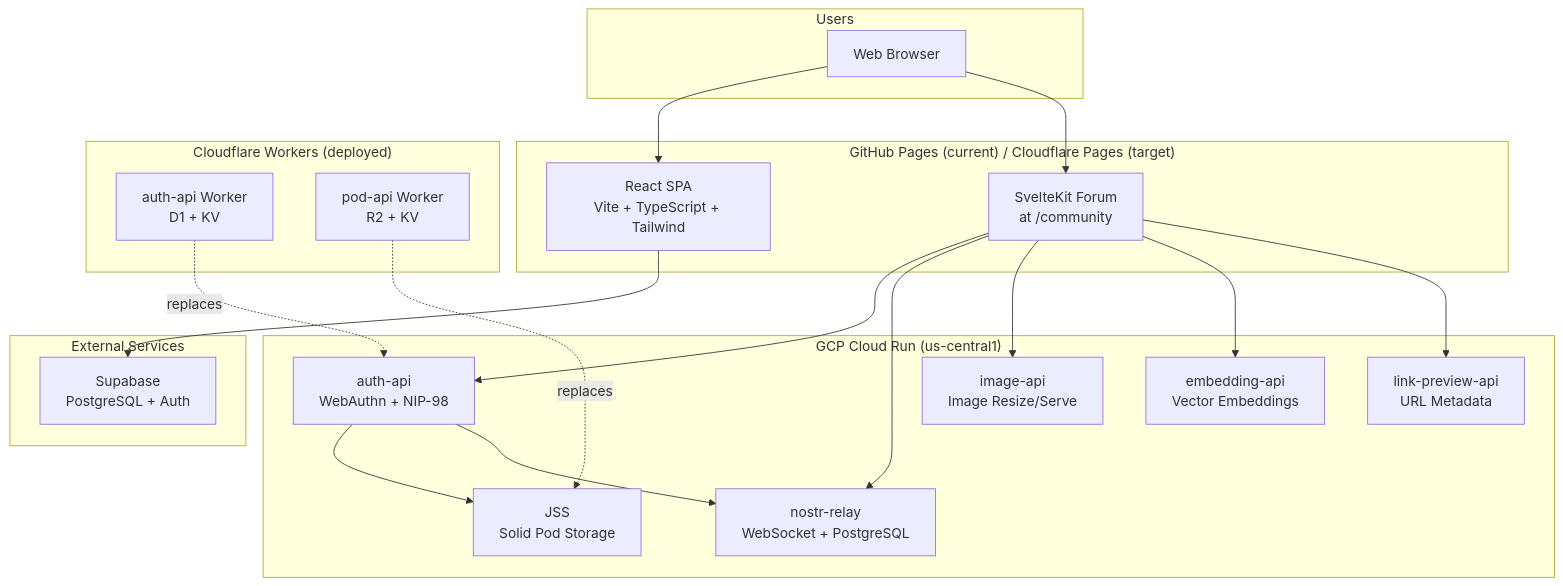
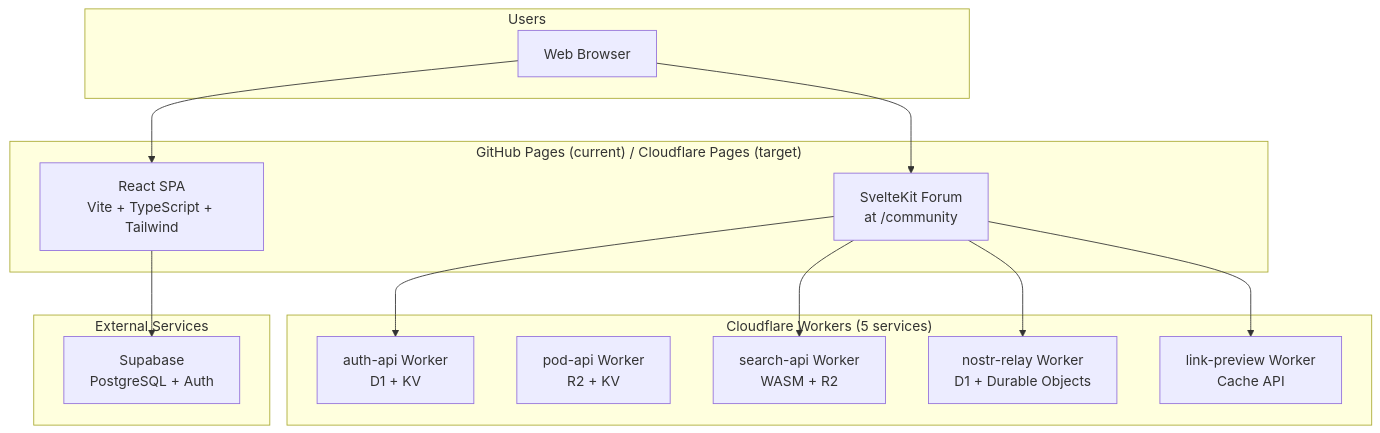
One commit to DreamLab-AI/dreamlab-ai-website changed the first of 6 diagrams in docs/architecture.md. Above: the diagram before and after it, drawn with Mermaid. The commit also changed other lines of this file and 36 other files, not shown here.

First line of the commit message:
Update 37 docs files: remove GCP references, reflect Cloudflare Workers architecture

````diff
--- a/docs/architecture.md
+++ b/docs/architecture.md
@@ -13,44 +13,32 @@
 ```mermaid
 graph TB
     subgraph Users["Users"]
         Browser["Web Browser"]
     end
 
     subgraph GitHubPages["GitHub Pages (current) / Cloudflare Pages (target)"]
         SPA["React SPA<br/>Vite + TypeScript + Tailwind"]
         Forum["SvelteKit Forum<br/>at /community"]
     end
 
-    subgraph CloudRun["GCP Cloud Run (us-central1)"]
-        AuthAPI["auth-api<br/>WebAuthn + NIP-98"]
-        JSS["JSS<br/>Solid Pod Storage"]
-        Relay["nostr-relay<br/>WebSocket + PostgreSQL"]
-        EmbeddingAPI["embedding-api<br/>Vector Embeddings"]
-        ImageAPI["image-api<br/>Image Resize/Serve"]
-        LinkPreviewAPI["link-preview-api<br/>URL Metadata"]
-    end
-
-    subgraph CloudflareWorkers["Cloudflare Workers (deployed)"]
+    subgraph CloudflareWorkers["Cloudflare Workers (5 services)"]
         CFAuth["auth-api Worker<br/>D1 + KV"]
         CFPod["pod-api Worker<br/>R2 + KV"]
+        CFSearch["search-api Worker<br/>WASM + R2"]
+        CFRelay["nostr-relay Worker<br/>D1 + Durable Objects"]
+        CFLink["link-preview Worker<br/>Cache API"]
     end
 
     subgraph External["External Services"]
         Supabase["Supabase<br/>PostgreSQL + Auth"]
     end
 
     Browser --> SPA
     Browser --> Forum
     SPA --> Supabase
-    Forum --> AuthAPI
-    Forum --> Relay
-    Forum --> ImageAPI
-    Forum --> EmbeddingAPI
-    Forum --> LinkPreviewAPI
-    AuthAPI --> JSS
-    AuthAPI --> Relay
-
-    CFAuth -.->|"replaces"| AuthAPI
-    CFPod -.->|"replaces"| JSS
+    Forum --> CFAuth
+    Forum --> CFRelay
+    Forum --> CFSearch
+    Forum --> CFLink
 
 ```
````
